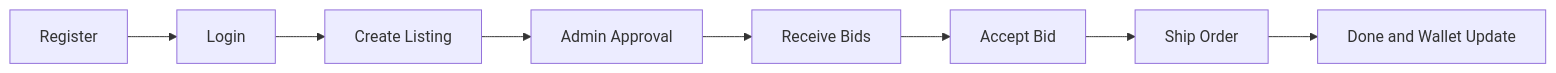
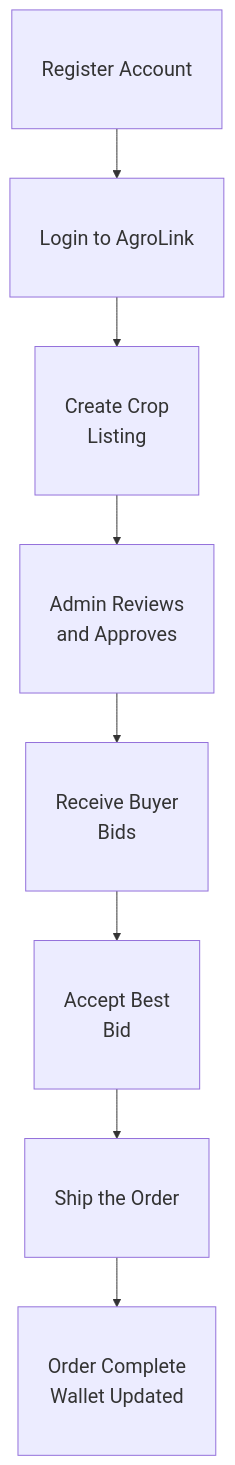
The first of 4 diagrams in README.md (tareqferdous/agrolink-frontend), drawn with Mermaid before and after one commit. The commit also changed other lines of this file, not shown here.

````diff
--- a/README.md
+++ b/README.md
@@ -28,10 +28,15 @@
 ```mermaid
-flowchart LR
-	F1[Register] --> F2[Login]
-	F2 --> F3[Create Listing]
-	F3 --> F4[Admin Approval]
-	F4 --> F5[Receive Bids]
-	F5 --> F6[Accept Bid]
-	F6 --> F7[Ship Order]
-	F7 --> F8[Done and Wallet Update]
+%%{init: {"themeVariables": {"fontSize": "20px"}}}%%
+flowchart TB
+	classDef big font-size:20px,padding:16px;
+
+	F1[Register Account] --> F2[Login to AgroLink]
+	F2 --> F3[Create Crop<br/>Listing]
+	F3 --> F4[Admin Reviews<br/>and Approves]
+	F4 --> F5[Receive Buyer<br/>Bids]
+	F5 --> F6[Accept Best<br/>Bid]
+	F6 --> F7[Ship the Order]
+	F7 --> F8[Order Complete<br/>Wallet Updated]
+
+	class F1,F2,F3,F4,F5,F6,F7,F8 big;
 ```
````
